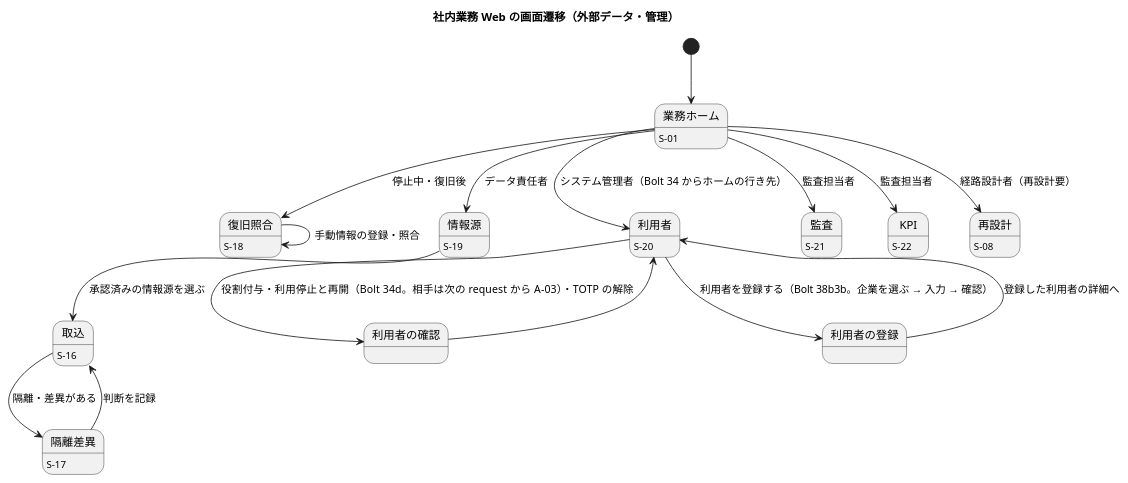
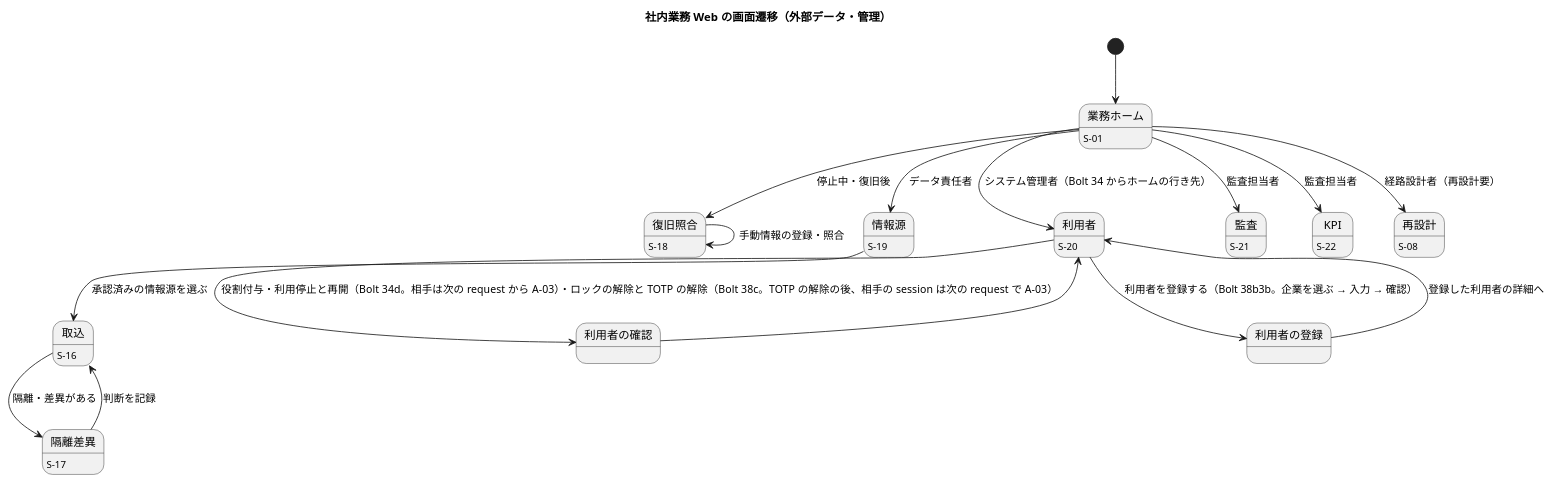
The seventh of 43 diagrams in docs/design/cargo-tracker/ui_design.md (k2works/practical-domain-driven-design-in-enterpris-application), drawn with PlantUML before and after one commit. The commit also changed other lines of this file and 83 other files, not shown here.

First line of the commit message:
feat(identity): S-20 からロックの解除と管理者による TOTP の解除を行う（Bolt 38c）

````diff
--- a/docs/design/cargo-tracker/ui_design.md
+++ b/docs/design/cargo-tracker/ui_design.md
@@ -497,30 +499,30 @@
 ```plantuml
 @startuml
 title 社内業務 Web の画面遷移（外部データ・管理）
 [*] --> 業務ホーム
 業務ホーム : S-01
 取込 : S-16
 隔離差異 : S-17
 復旧照合 : S-18
 情報源 : S-19
 利用者 : S-20
 監査 : S-21
 KPI : S-22
 再設計 : S-08
 
 業務ホーム --> 情報源 : データ責任者
 情報源 --> 取込 : 承認済みの情報源を選ぶ
 取込 --> 隔離差異 : 隔離・差異がある
 隔離差異 --> 取込 : 判断を記録
 業務ホーム --> 復旧照合 : 停止中・復旧後
 復旧照合 --> 復旧照合 : 手動情報の登録・照合
 業務ホーム --> 再設計 : 経路設計者（再設計要）
 業務ホーム --> 利用者 : システム管理者（Bolt 34 からホームの行き先）
-利用者 --> 利用者の確認 : 役割付与・利用停止と再開（Bolt 34d。相手は次の request から A-03）・TOTP の解除
+利用者 --> 利用者の確認 : 役割付与・利用停止と再開（Bolt 34d。相手は次の request から A-03）・ロックの解除と TOTP の解除（Bolt 38c。TOTP の解除の後、相手の session は次の request で A-03）
 利用者 --> 利用者の登録 : 利用者を登録する（Bolt 38b3b。企業を選ぶ → 入力 → 確認）
 利用者の登録 --> 利用者 : 登録した利用者の詳細へ
 利用者の確認 --> 利用者
 業務ホーム --> 監査 : 監査担当者
 業務ホーム --> KPI : 監査担当者
 @enduml
 ```
````
